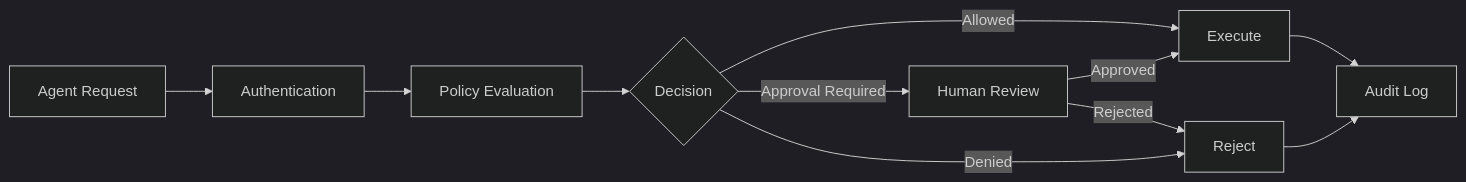
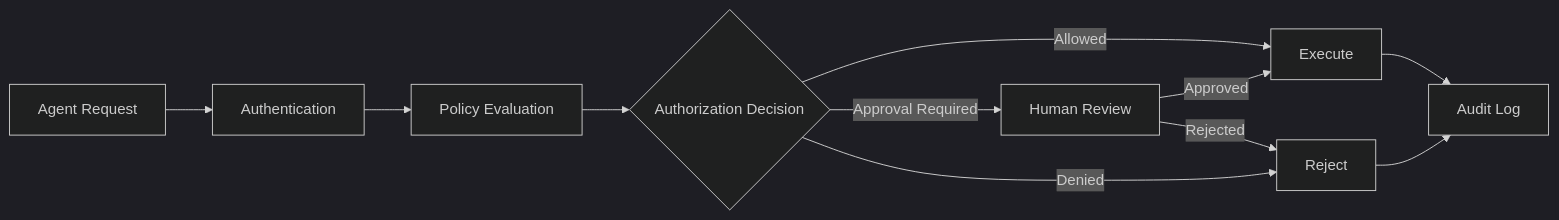
The second of 2 diagrams in README.md (chiksharma221-ui/AGENTGUARD), drawn with Mermaid (dark theme) before and after one commit. The commit also changed other lines of this file, not shown here.

````diff
--- a/README.md
+++ b/README.md
@@ -81,13 +80,16 @@
 ```mermaid
 flowchart LR
     A["Agent Request"] --> B["Authentication"]
     B --> C["Policy Evaluation"]
-    C --> D{"Decision"}
+    C --> D{"Authorization Decision"}
+
     D -->|"Allowed"| E["Execute"]
     D -->|"Approval Required"| F["Human Review"]
     D -->|"Denied"| G["Reject"]
+
     F -->|"Approved"| E
     F -->|"Rejected"| G
+
     E --> H["Audit Log"]
     G --> H
 ```
````
